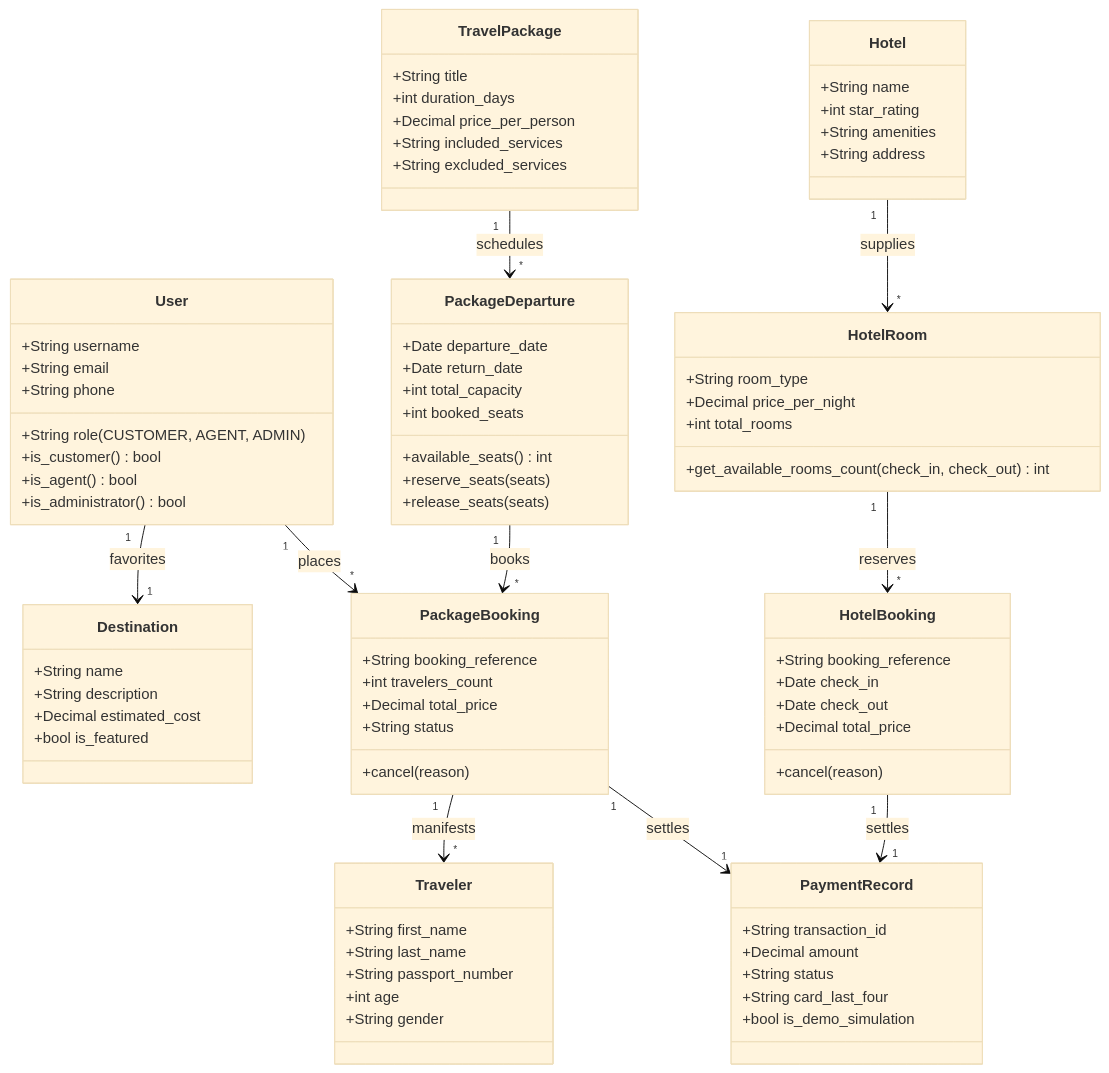
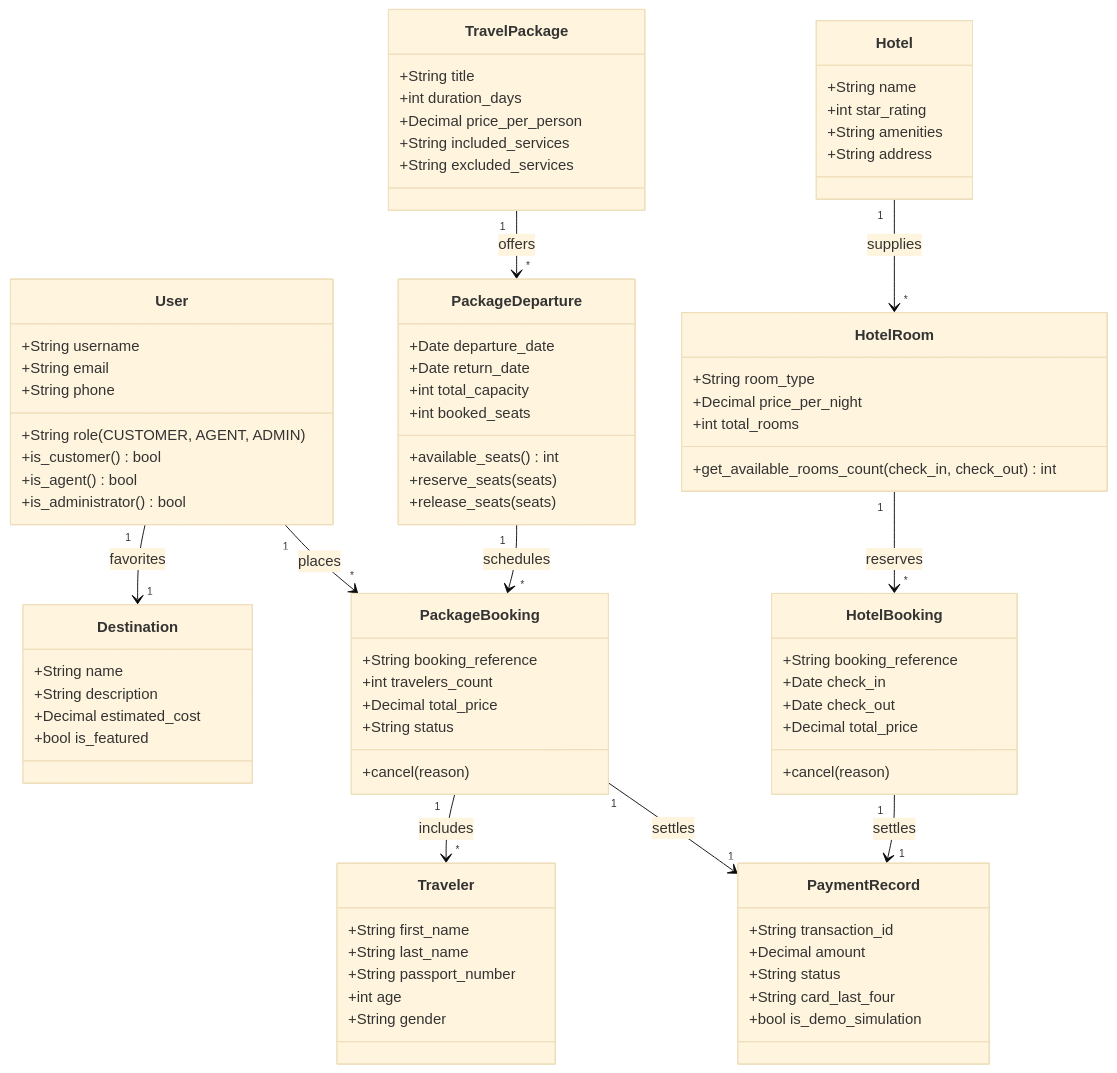
Before and after one commit to Alaa-Eriby/TravelEase: the third of 5 diagrams in README.md, drawn with Mermaid (base theme). The commit also changed other lines of this file, not shown here.

Commit message:
Enhance README with UI showcase, UML diagrams, and structured documentation

```diff
--- a/README.md
+++ b/README.md
@@ -189,9 +263,9 @@
 
     User "1" --> "1" Destination : favorites
     User "1" --> "*" PackageBooking : places
-    TravelPackage "1" --> "*" PackageDeparture : schedules
-    PackageDeparture "1" --> "*" PackageBooking : books
-    PackageBooking "1" --> "*" Traveler : manifests
+    TravelPackage "1" --> "*" PackageDeparture : offers
+    PackageDeparture "1" --> "*" PackageBooking : schedules
+    PackageBooking "1" --> "*" Traveler : includes
     PackageBooking "1" --> "1" PaymentRecord : settles
     Hotel "1" --> "*" HotelRoom : supplies
     HotelRoom "1" --> "*" HotelBooking : reserves
```
